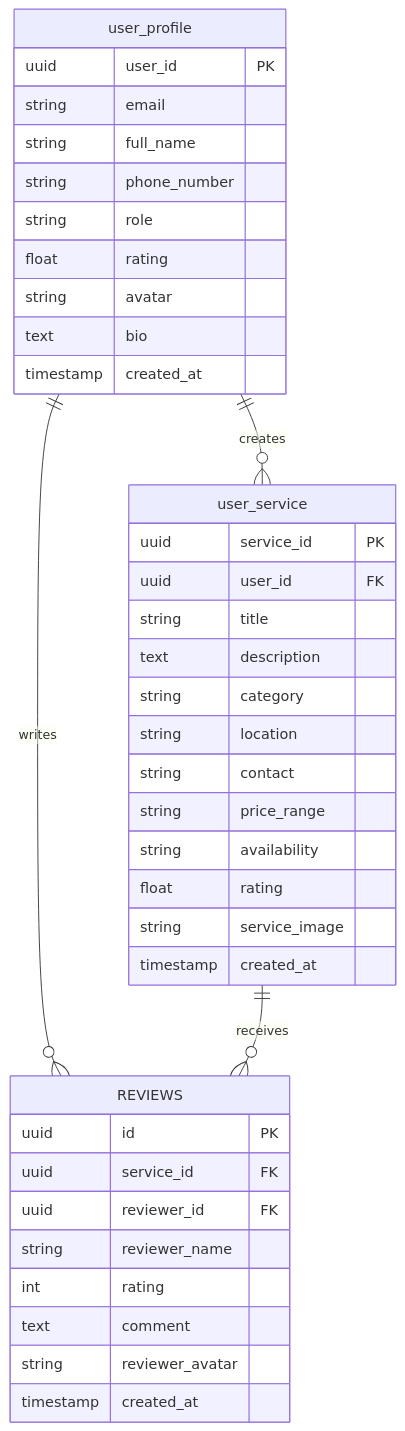
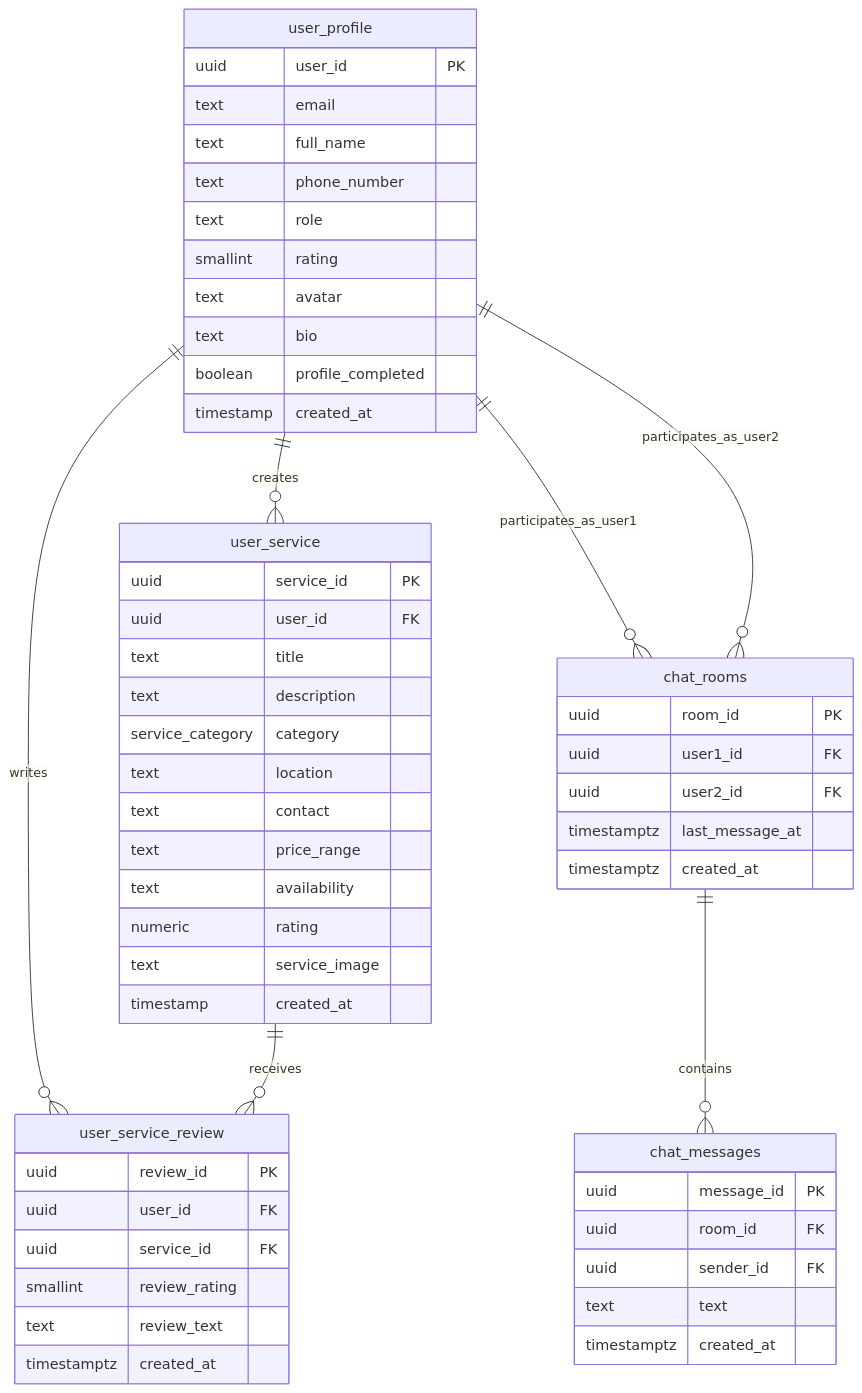
One commit to tamadekk/RukaTi changed the fourth of 11 diagrams in docs/business/technical-architecture.md. Above: the diagram before and after it, drawn with Mermaid. The commit also changed other lines of this file and 4 other files, not shown here.

````diff
--- a/docs/business/technical-architecture.md
+++ b/docs/business/technical-architecture.md
@@ -270,44 +270,62 @@
 ```mermaid
 erDiagram
     user_profile ||--o{ user_service : creates
-    user_profile ||--o{ REVIEWS : writes
-    user_service ||--o{ REVIEWS : receives
+    user_profile ||--o{ user_service_review : writes
+    user_service ||--o{ user_service_review : receives
+    user_profile ||--o{ chat_rooms : participates_as_user1
+    user_profile ||--o{ chat_rooms : participates_as_user2
+    chat_rooms ||--o{ chat_messages : contains
 
     user_profile {
         uuid user_id PK
-        string email
-        string full_name
-        string phone_number
-        string role
-        float rating
-        string avatar
+        text email
+        text full_name
+        text phone_number
+        text role
+        smallint rating
+        text avatar
         text bio
+        boolean profile_completed
         timestamp created_at
     }
 
     user_service {
         uuid service_id PK
         uuid user_id FK
-        string title
+        text title
         text description
-        string category
-        string location
-        string contact
-        string price_range
-        string availability
-        float rating
-        string service_image
+        service_category category
+        text location
+        text contact
+        text price_range
+        text availability
+        numeric rating
+        text service_image
         timestamp created_at
     }
 
-    REVIEWS {
-        uuid id PK
+    user_service_review {
+        uuid review_id PK
+        uuid user_id FK
         uuid service_id FK
-        uuid reviewer_id FK
-        string reviewer_name
-        int rating
-        text comment
-        string reviewer_avatar
-        timestamp created_at
+        smallint review_rating
+        text review_text
+        timestamptz created_at
+    }
+
+    chat_rooms {
+        uuid room_id PK
+        uuid user1_id FK
+        uuid user2_id FK
+        timestamptz last_message_at
+        timestamptz created_at
+    }
+
+    chat_messages {
+        uuid message_id PK
+        uuid room_id FK
+        uuid sender_id FK
+        text text
+        timestamptz created_at
     }
 ```
````
